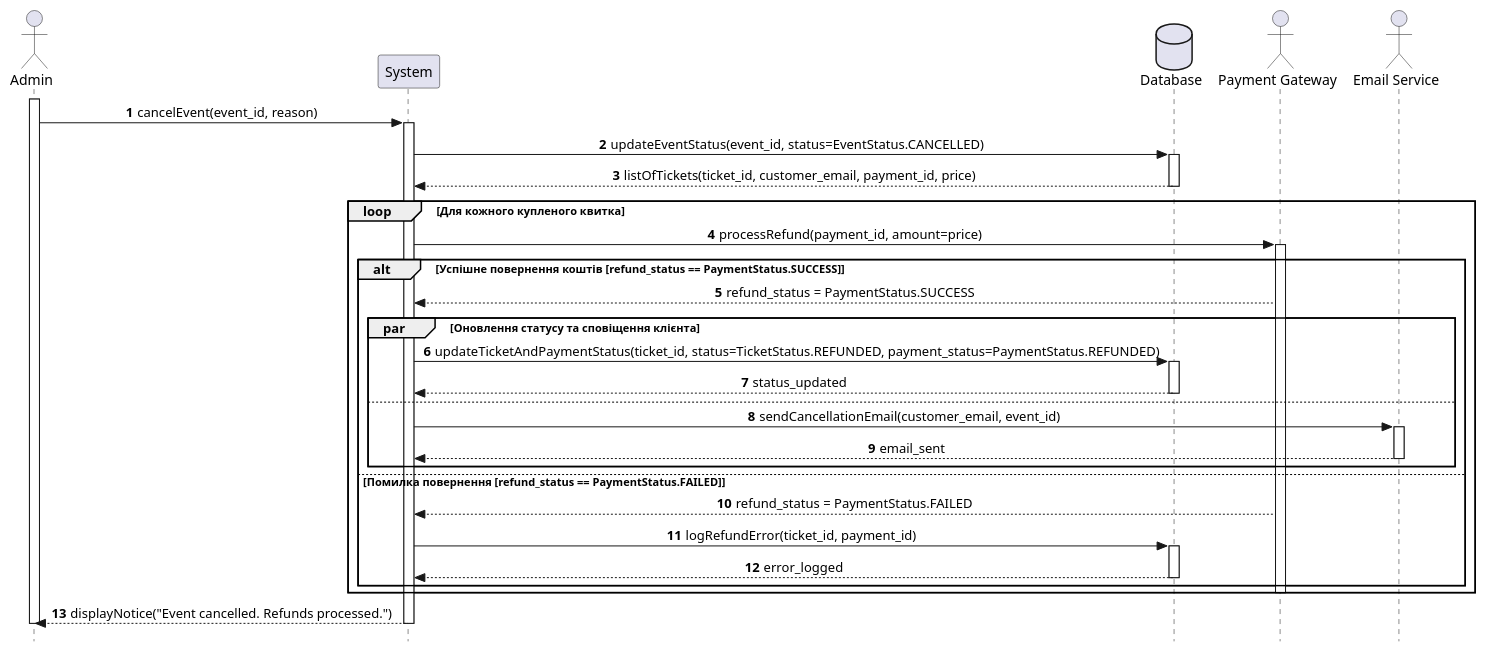
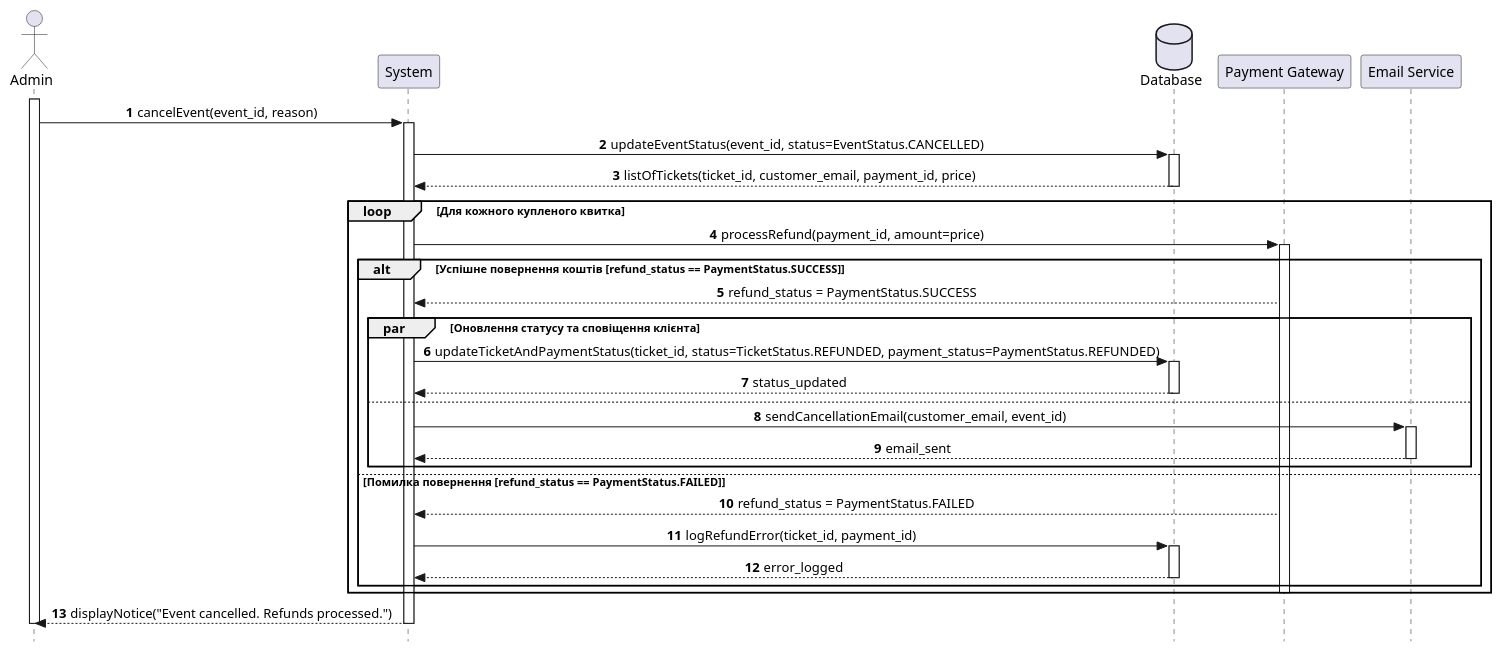
Before and after one commit to anastasiiaaz/2-course-mavpz: the diagram in lab3/scenario2.puml, drawn with PlantUML. The commit also changed 4 other files, not shown here.

Commit message:
style: update diagram notation

```diff
--- a/lab3/scenario2.puml
+++ b/lab3/scenario2.puml
@@ -1,55 +1,55 @@
 @startuml cancel_event
 autonumber
 skinparam Style strictuml
 skinparam SequenceMessageAlignment center
 
 actor "Admin" as A
 participant "System" as App
 database "Database" as DB
-actor "Payment Gateway" as PG
-actor "Email Service" as ES
+participant "Payment Gateway" as PG
+participant "Email Service" as ES
 
 activate A
 A -> App : cancelEvent(event_id, reason)
 activate App
 
 App -> DB : updateEventStatus(event_id, status=EventStatus.CANCELLED)
 activate DB
 DB --> App : listOfTickets(ticket_id, customer_email, payment_id, price)
 deactivate DB
 
 loop Для кожного купленого квитка
     App -> PG : processRefund(payment_id, amount=price)
     activate PG
     
     alt Успішне повернення коштів [refund_status == PaymentStatus.SUCCESS]
         PG --> App : refund_status = PaymentStatus.SUCCESS
         
         par Оновлення статусу та сповіщення клієнта
             App -> DB : updateTicketAndPaymentStatus(ticket_id, status=TicketStatus.REFUNDED, payment_status=PaymentStatus.REFUNDED)
             activate DB
             DB --> App : status_updated
             deactivate DB
         else
             App -> ES : sendCancellationEmail(customer_email, event_id)
             activate ES
             ES --> App : email_sent
             deactivate ES
         end
 
     else Помилка повернення [refund_status == PaymentStatus.FAILED]
         PG --> App : refund_status = PaymentStatus.FAILED
         App -> DB : logRefundError(ticket_id, payment_id)
         activate DB
         DB --> App : error_logged
         deactivate DB
     end
     
     deactivate PG
 end
 
 App --> A : displayNotice("Event cancelled. Refunds processed.")
 
 deactivate App
 deactivate A
 @enduml
```
